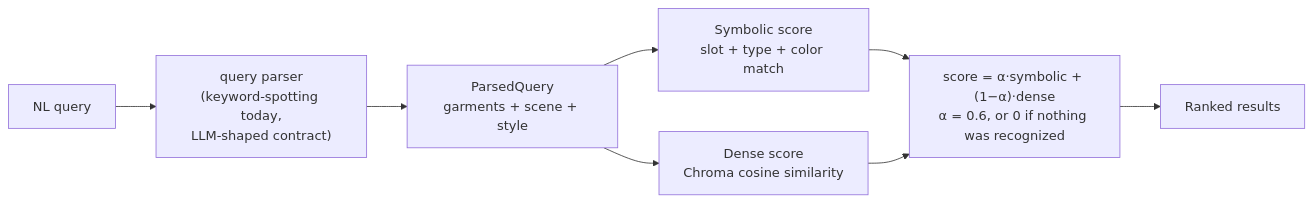
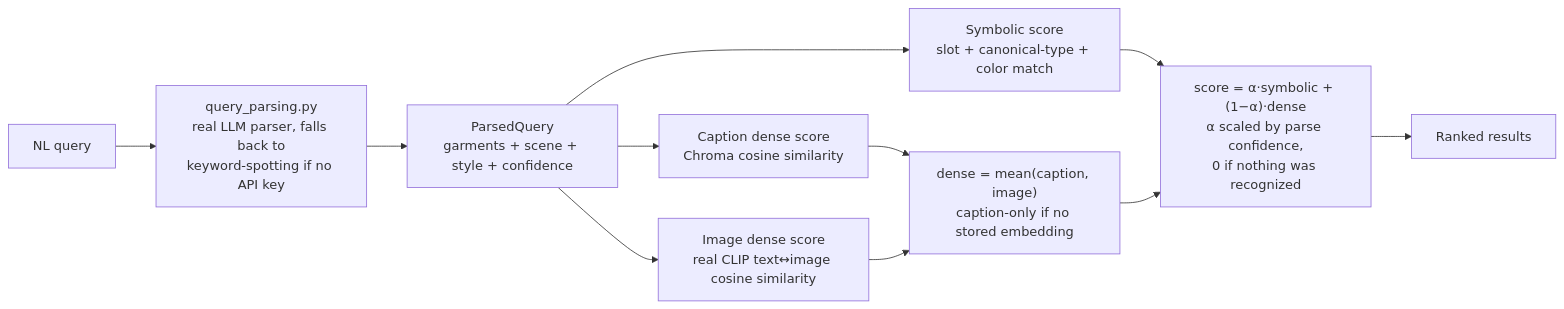
Before and after one commit to sh4shv4t/strand: the second of 2 diagrams in README.md, drawn with Mermaid. The commit also changed other lines of this file and 1 other file, not shown here.

````diff
--- a/README.md
+++ b/README.md
@@ -59,10 +71,13 @@
 ```mermaid
 flowchart LR
-  Q["NL query"] --> P["query parser<br/>(keyword-spotting today,<br/>LLM-shaped contract)"]
-  P --> PS["ParsedQuery<br/>garments + scene + style"]
-  PS --> SYM["Symbolic score<br/>slot + type + color match"]
-  PS --> DEN["Dense score<br/>Chroma cosine similarity"]
-  SYM --> BLEND["score = α·symbolic + (1−α)·dense<br/>α = 0.6, or 0 if nothing was recognized"]
-  DEN --> BLEND
+  Q["NL query"] --> P["query_parsing.py<br/>real LLM parser, falls back to<br/>keyword-spotting if no API key"]
+  P --> PS["ParsedQuery<br/>garments + scene + style + confidence"]
+  PS --> SYM["Symbolic score<br/>slot + canonical-type + color match"]
+  PS --> CAP["Caption dense score<br/>Chroma cosine similarity"]
+  PS --> IMGSIM["Image dense score<br/>real CLIP text↔image cosine similarity"]
+  CAP --> BLEND2["dense = mean(caption, image)<br/>caption-only if no stored embedding"]
+  IMGSIM --> BLEND2
+  SYM --> BLEND["score = α·symbolic + (1−α)·dense<br/>α scaled by parse confidence,<br/>0 if nothing was recognized"]
+  BLEND2 --> BLEND
   BLEND --> RANK["Ranked results"]
 ```
````
